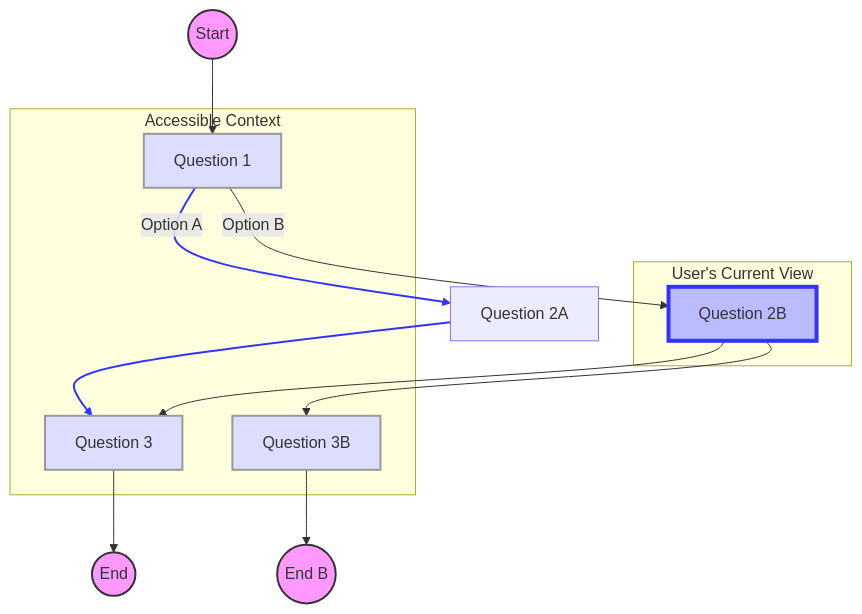
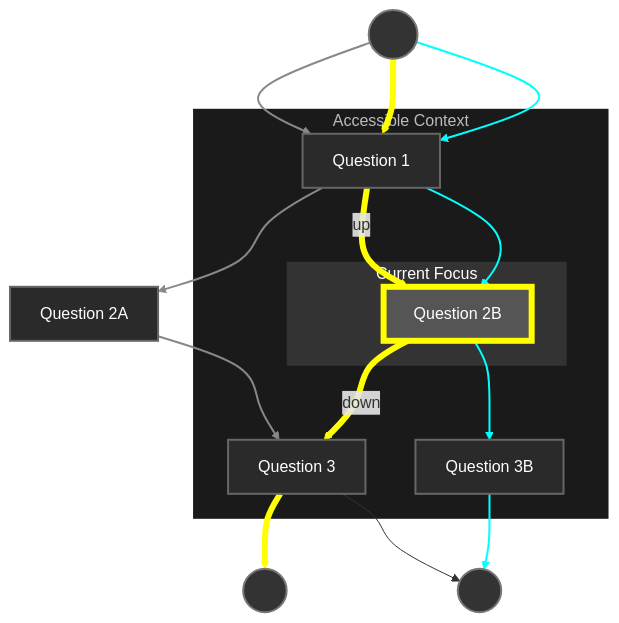
One commit to upsiflu/learning-and-experimenting changed the diagram in A bundle of stories extending around me.md. Above: the diagram before and after it, drawn with Mermaid. The commit also changed other lines of this file, not shown here.

Commit message:
docs(pattern): Improve text and redraw diagram

````diff
--- a/A bundle of stories extending around me.md
+++ b/A bundle of stories extending around me.md
@@ -22,31 +11,59 @@
 ```mermaid
+
 graph TD
     A((Start)) --> B[Question 1]
-    B --> |Option A| C[Question 2A]
-    B --> |Option B| D[Question 2B]
+    B --> C[Question 2A]
+    B --> |up| D[Question 2B]
     C --> E[Question 3]
-    D --> E
+    D --> |down| E
     D --> F[Question 3B]
     E --> G((End))
-    F --> H((End B))
+    F --> H((End))
+
+    A --> B
+    A --> B
+    B --> D
+    E --> H
     
-    subgraph "User's Current View"
-        D
-        style D fill:#bbf,stroke:#33f,stroke-width:4px
-    end
-    
-    subgraph "Accessible Context"
+    subgraph AccessibleContext ["Accessible Context"]
+        subgraph CurrentView ["Current Focus"]
+            D
+            style D fill:#555,stroke:#ffff00,stroke-width:6px,color:#FFFFFF
+        end
         B
         E
         F
-        style B fill:#ddf,stroke:#999,stroke-width:2px
-        style E fill:#ddf,stroke:#999,stroke-width:2px
-        style F fill:#ddf,stroke:#999,stroke-width:2px
+        style B fill:#2a2a2a,stroke:#666,stroke-width:2px,color:#FFFFFF
+        style E fill:#2a2a2a,stroke:#666,stroke-width:2px,color:#FFFFFF
+        style F fill:#2a2a2a,stroke:#666,stroke-width:2px,color:#FFFFFF
     end
     
-    classDef empty fill:#f9f,stroke:#333,stroke-width:2px;
+    style C fill:#2a2a2a,stroke:#666,stroke-width:2px,color:#FFFFFF
+    
+    classDef empty fill:#333333,stroke:#777777,stroke-width:2px;
     class A,G,H empty;
     
-    linkStyle 1 stroke:#33f,stroke-width:2px;
-    linkStyle 3 stroke:#33f,stroke-width:2px;
+    %% Alternative story - Q1 -> Q2A -> Q3
+    linkStyle 1 stroke:#888888,stroke-width:2px;
+    linkStyle 3 stroke:#888888,stroke-width:2px;
+    
+    %% Alternative story path - Q1 -> Q2B -> Q3B
+    linkStyle 4 stroke:#FFFF00,stroke-width:6px;
+    
+    %% Path through Q2A
+    linkStyle 0 stroke:#888888,stroke-width:2px;
+    linkStyle 2 stroke:#ffff00,stroke-width:6px;
+    
+    %% Endpoints
+    linkStyle 5 stroke:#00ffff,stroke-width:2px;
+    linkStyle 6 stroke:#ffff00,stroke-width:6px;
+    linkStyle 7 stroke:#00ffff,stroke-width:2px;
+
+    linkStyle 8 stroke:#ffff00,stroke-width:6px;
+    linkStyle 9 stroke:#00ffff,stroke-width:2px;
+    linkStyle 10 stroke:#00ffff,stroke-width:2px;
+
+    
+    style CurrentView fill:#333333,stroke:#FFFFFF,stroke-width:0px,color:#FFFFFF
+    style AccessibleContext fill:#1a1a1a,stroke:#888888,stroke-width:0px,color:#BBBBBB
 ```
````
